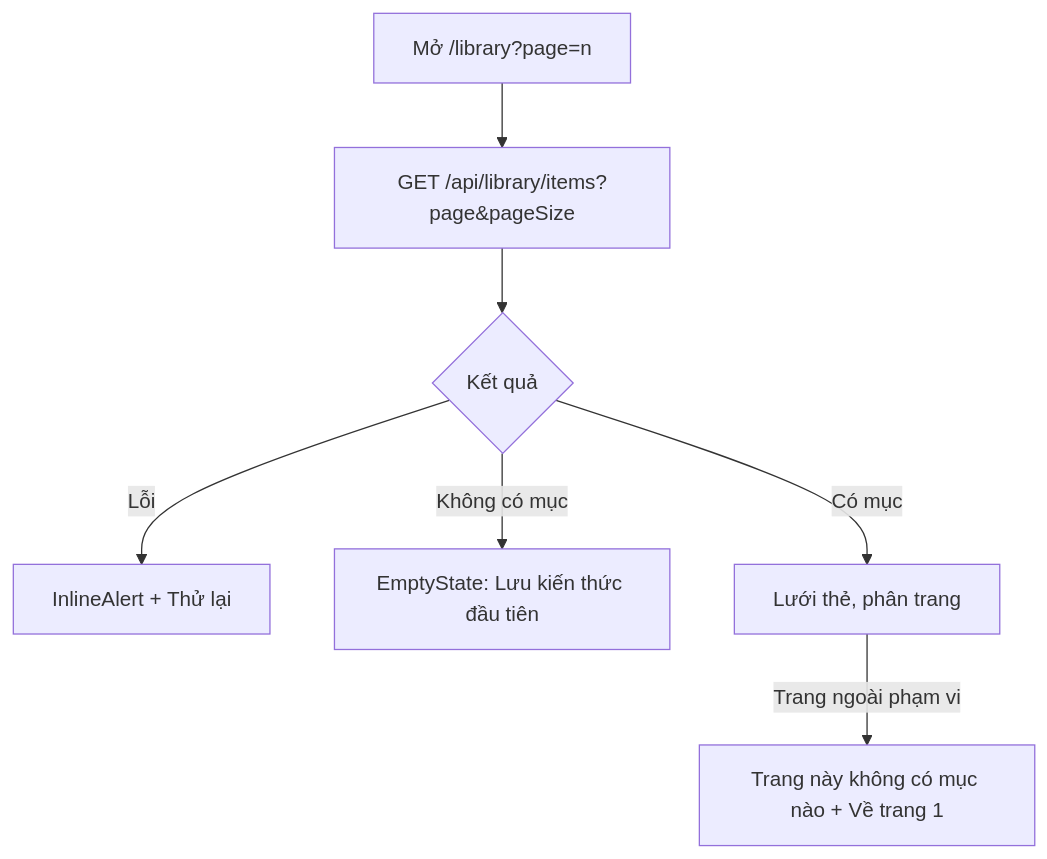
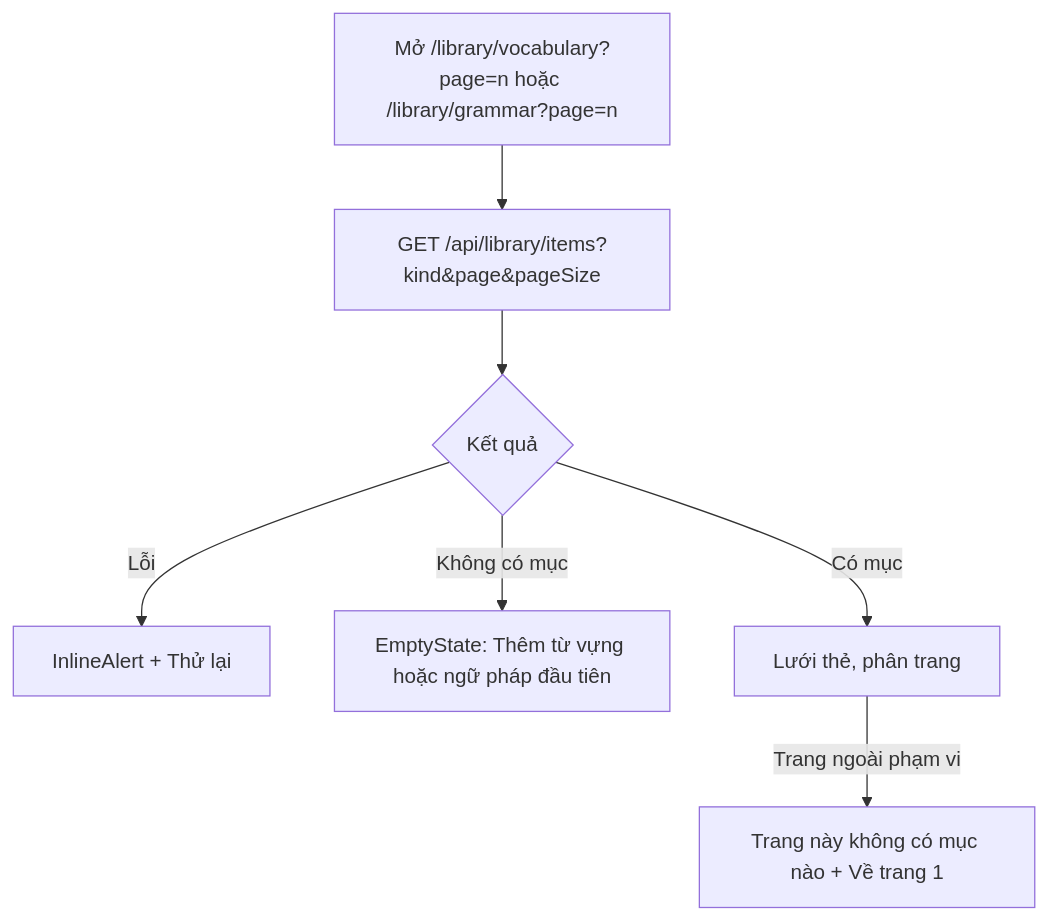
One commit to pamela172103/Lingozi changed the first of 2 diagrams in docs/features/knowledge-items/srs/US-LIB-03-list-items.md. Above: the diagram before and after it, drawn with Mermaid. The commit also changed other lines of this file and 91 other files, not shown here.

First line of the commit message:
docs: split vocabulary and grammar libraries; redraw all wireframes as generated SVG

````diff
--- a/docs/features/knowledge-items/srs/US-LIB-03-list-items.md
+++ b/docs/features/knowledge-items/srs/US-LIB-03-list-items.md
@@ -61,9 +63,9 @@
 ```mermaid
 flowchart TD
-    R[Mở /library?page=n] --> G[GET /api/library/items?page&pageSize]
+    R[Mở /library/vocabulary?page=n hoặc /library/grammar?page=n] --> G[GET /api/library/items?kind&page&pageSize]
     G --> RS{Kết quả}
     RS -- Lỗi --> E[InlineAlert + Thử lại]
-    RS -- Không có mục --> EM[EmptyState: Lưu kiến thức đầu tiên]
+    RS -- Không có mục --> EM[EmptyState: Thêm từ vựng hoặc ngữ pháp đầu tiên]
     RS -- Có mục --> L[Lưới thẻ, phân trang]
     L -- Trang ngoài phạm vi --> EM2[Trang này không có mục nào + Về trang 1]
 ```
````
